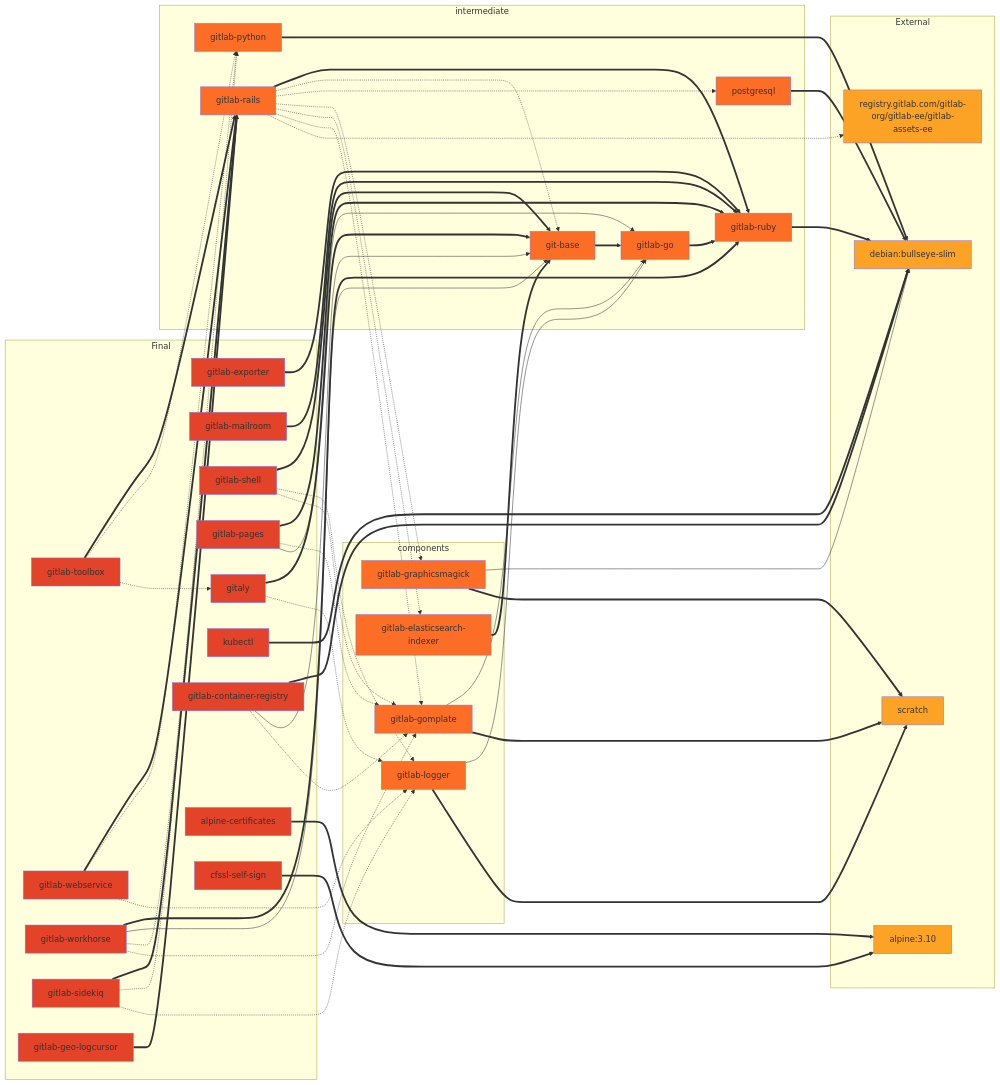
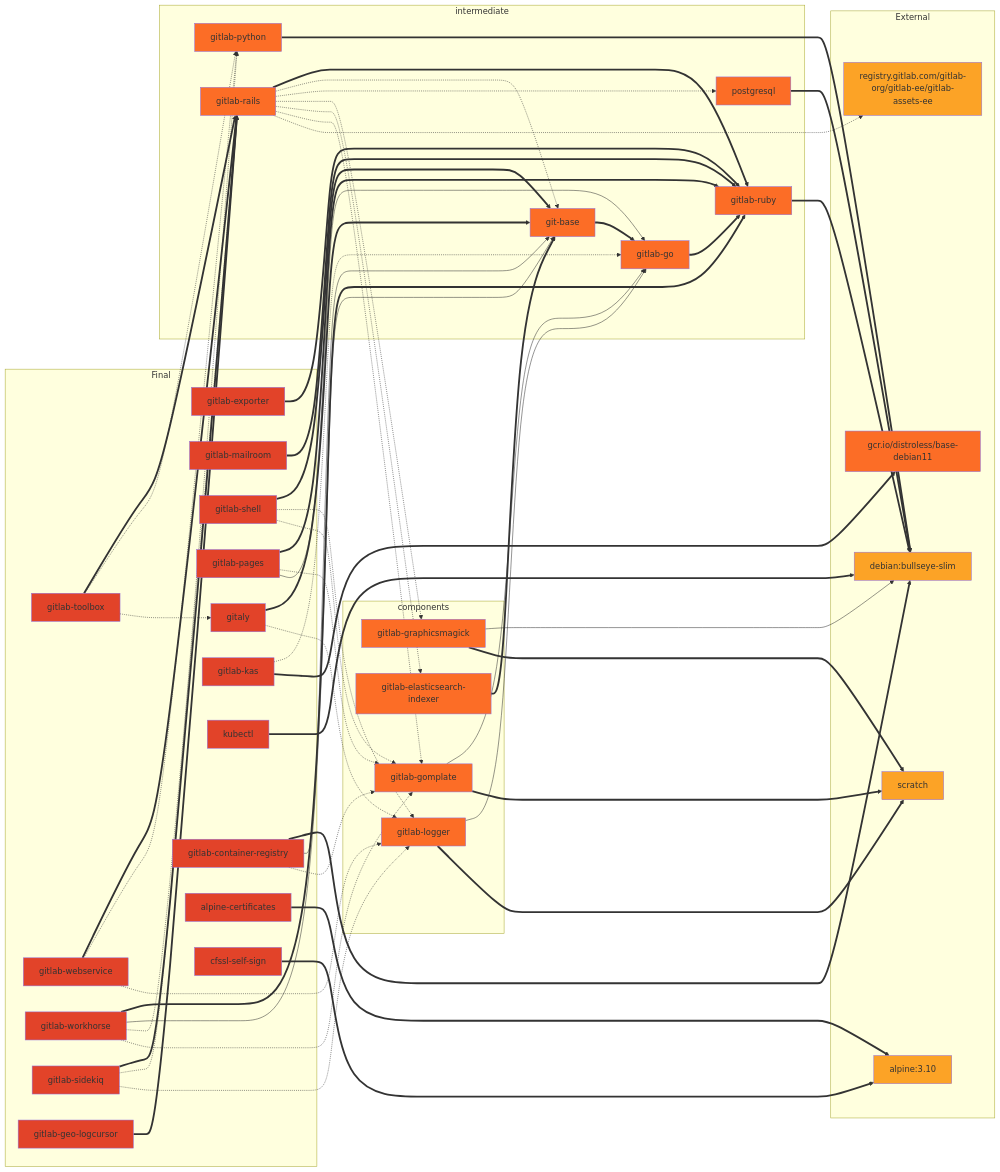
Before and after one commit to tachyons/gitlab-pages: the second of 2 diagrams in docs/build.md, drawn with Mermaid. The commit also changed other lines of this file and 16 other files, not shown here.

Commit message:
Add gitlab-kas builds

```diff
--- a/docs/build.md
+++ b/docs/build.md
@@ -252,6 +256,7 @@
     gitlab-shell:::final
     gitlab-pages:::final
     gitaly:::final
+    gitlab-kas:::final
     kubectl:::final
     gitlab-container-registry:::final
     alpine-certificates:::final
@@ -279,6 +284,7 @@
     alpine[alpine:3.10]:::external;
     scratch[scratch]:::external;
     debian[debian:bullseye-slim]:::external;
+    gcr.io/distroless/base-debian11
   end
 
   gitlab-go==>gitlab-ruby;
@@ -341,6 +347,9 @@
   gitaly==>git-base;
   gitaly-.->gitlab-logger;
 
+  gitlab-kas-.->gitlab-go;
+  gitlab-kas==>gcr.io/distroless/base-debian11
+
   gitlab-container-registry==>debian
   gitlab-container-registry-->git-base
   gitlab-container-registry-.->gitlab-gomplate
```
